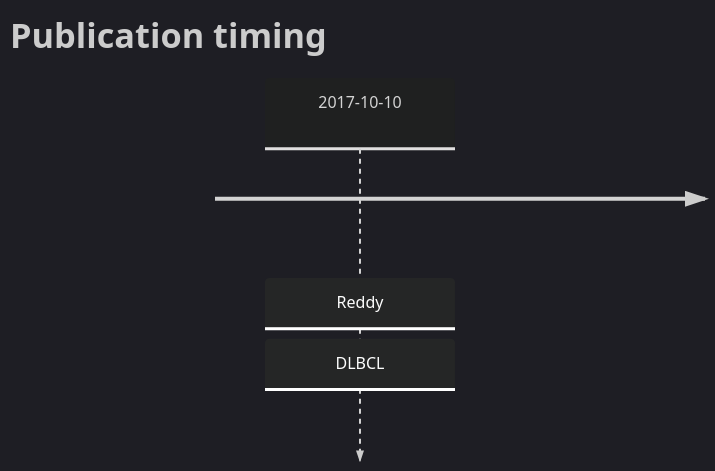
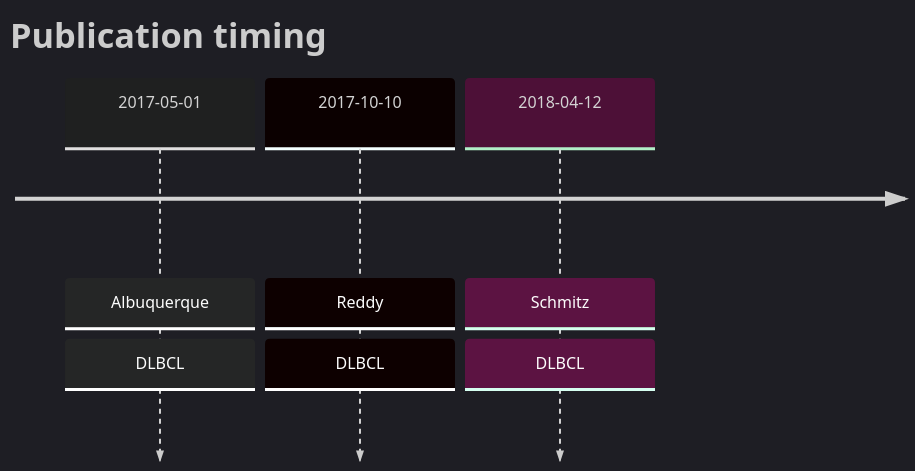
The diagram in SETD1B.md (morinlab/lymphopedia), drawn with Mermaid before and after one commit. The commit also changed other lines of this file and 2 other files, not shown here.

Commit message:
update tables

````diff
--- a/SETD1B.md
+++ b/SETD1B.md
@@ -9,6 +9,8 @@
 ```mermaid
 %%{init: { 'logLevel': 'debug', 'theme': 'dark' } }%%
 timeline
     title Publication timing
-      2017-10-10 : Reddy : DLBCL
+      2017-05-01 : Albuquerque : DLBCL
+2017-10-10 : Reddy : DLBCL
+2018-04-12 : Schmitz : DLBCL
 ```
````
